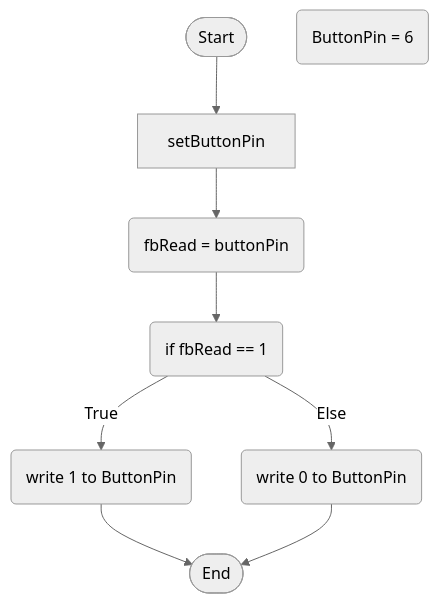
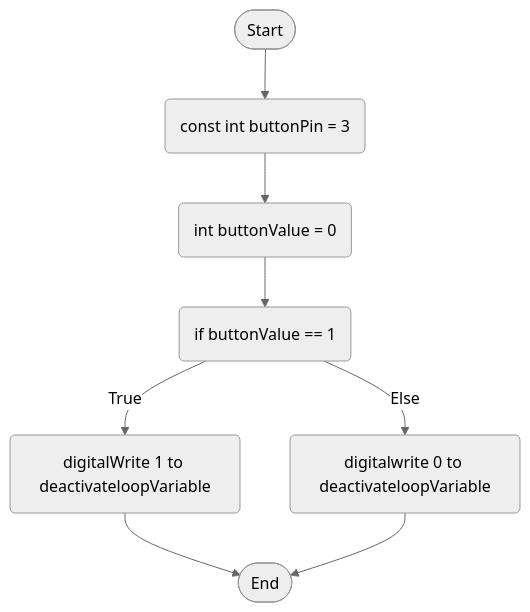
The diagram in Flowcharts/firstButtonLogic.md (4060269/SmartWorkstationAssessment3), drawn with Mermaid (neutral theme) before and after one commit.

````diff
--- a/Flowcharts/firstButtonLogic.md
+++ b/Flowcharts/firstButtonLogic.md
@@ -3,18 +3,18 @@
 ```mermaid
 flowchart TD
 terminalStart([Start])
 terminalEnd([End])
-setbuttonPin(ButtonPin = 6)
-currentValue(fbRead = buttonPin)
-activateButton0(if fbRead == 1)
-activateButton1(write 1 to ButtonPin)
-activateButton2(write 0 to ButtonPin)
-
-terminalStart --> setButtonPin
-setButtonPin --> currentValue
-currentValue --> activateButton0
+setbuttonPin(const int buttonPin = 3)
+setbuttonValue(int buttonValue = 0)
+activateButton0(if buttonValue == 1)
+activateButton1(digitalWrite 1 to deactivateloopVariable)
+activateButton2(digitalwrite 0 to deactivateloopVariable)
+   
+terminalStart --> setbuttonPin
+setbuttonPin --> setbuttonValue
+setbuttonValue --> activateButton0
 activateButton0 --> |True| activateButton1
 activateButton0 --> |Else| activateButton2
 activateButton1 --> terminalEnd
 activateButton2 --> terminalEnd
 ```
````
